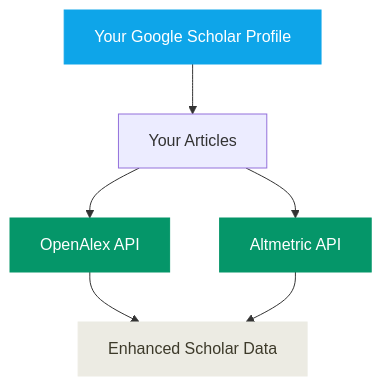
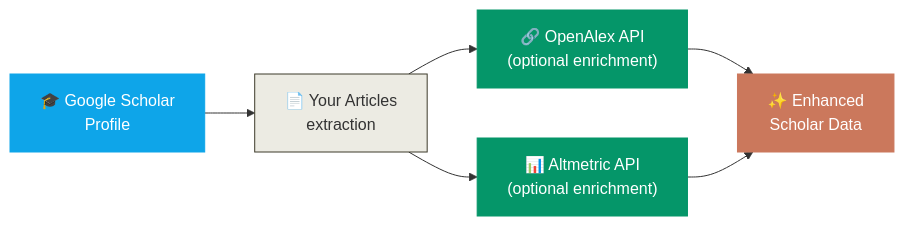
Before and after one commit to abhishektiwari/scholarimpact: the first of 3 diagrams in README.md, drawn with Mermaid. The commit also changed other lines of this file and 5 other files, not shown here.

````diff
--- a/README.md
+++ b/README.md
@@ -26,13 +29,14 @@
 ```mermaid
-flowchart TD
-    A[Your Google Scholar Profile] --> B[Your Articles]
-    B --> C[OpenAlex API]
-    B --> D[Altmetric API]
-    C --> E[Enhanced Scholar Data]
-    D --> E[Enhanced Scholar Data]
+flowchart LR
+    A["🎓 Google Scholar<br/>Profile"] --> B["📄 Your Articles<br/>extraction"]
+    B --> C["🔗 OpenAlex API<br/>(optional enrichment)"]
+    B --> D["📊 Altmetric API<br/>(optional enrichment)"]
+    C --> E["✨ Enhanced<br/>Scholar Data"]
+    D --> E
     
     style A fill:#0ea5e9,stroke:#0ea5e9,color:#ffffff
+    style B fill:#ecebe3,stroke:#3d3a2a
     style C fill:#059669,stroke:#059669,color:#ffffff
     style D fill:#059669,stroke:#059669,color:#ffffff
-    style E fill:#ecebe3,stroke:#ecebe3,color:#3d3a2a
+    style E fill:#cb785c,stroke:#cb785c,color:#ffffff
 ```
````
